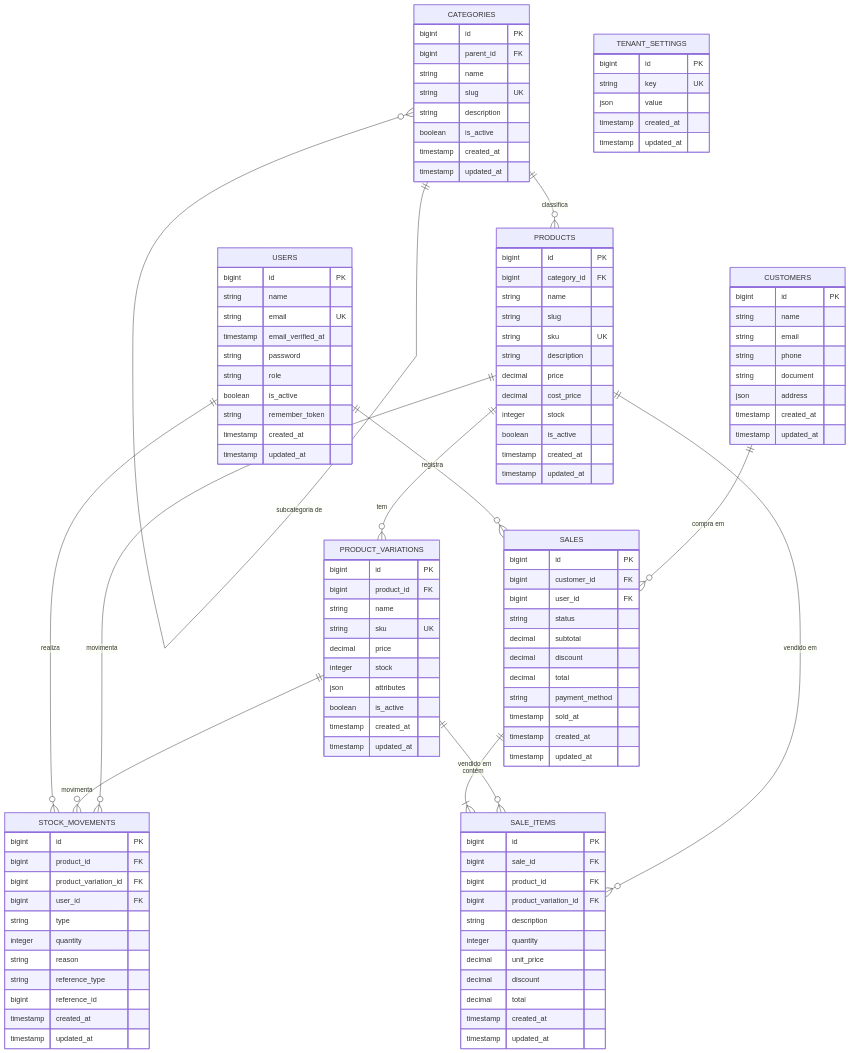
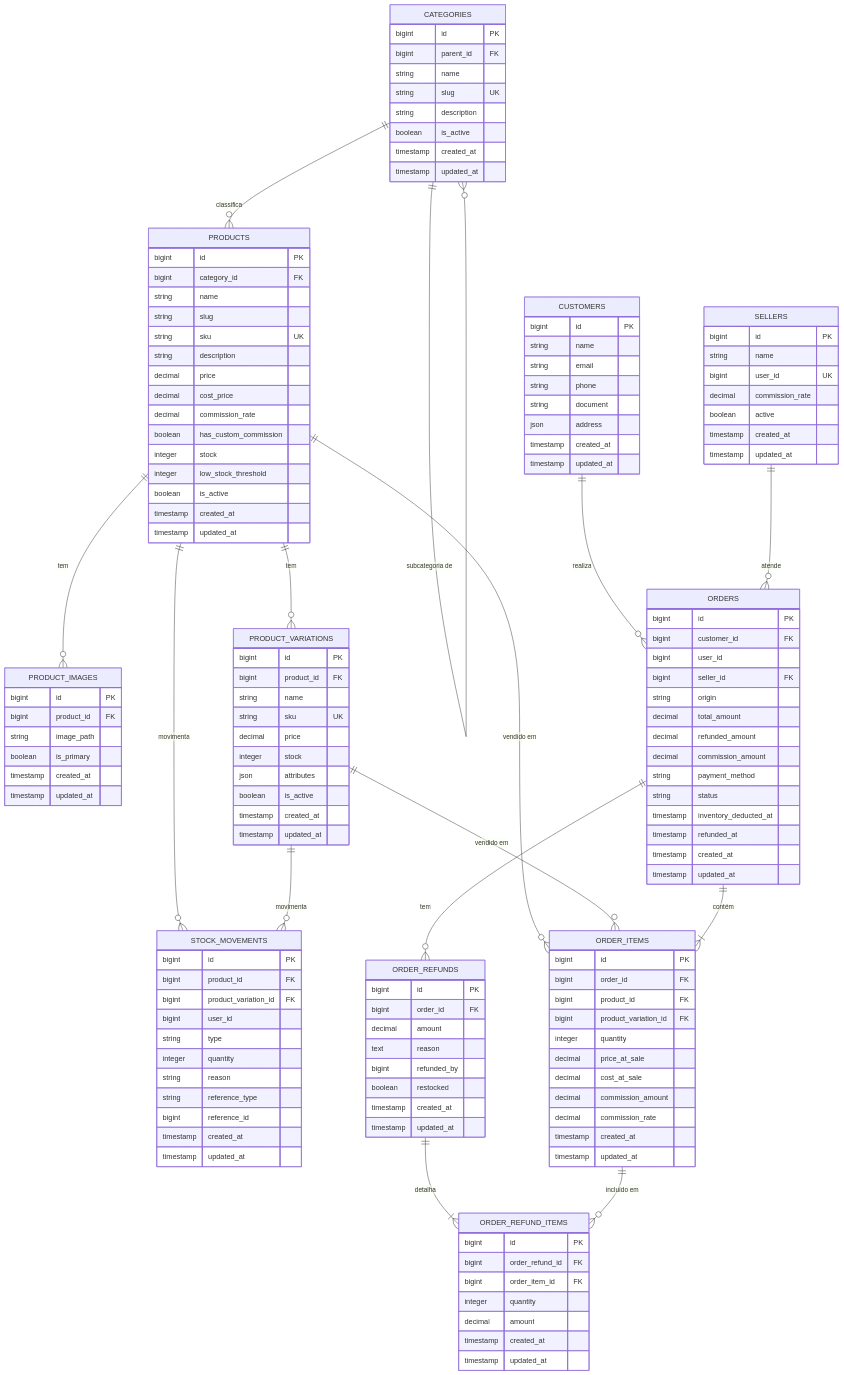
The second of 2 diagrams in docs/erd.md (Guariero31/Zenvyra), drawn with Mermaid before and after one commit. The commit also changed other lines of this file and 73 other files, not shown here.

````diff
--- a/docs/erd.md
+++ b/docs/erd.md
@@ -176,36 +207,20 @@
 ```mermaid
 erDiagram
-    CATEGORIES        ||--o{ CATEGORIES          : "subcategoria de"
-    CATEGORIES        ||--o{ PRODUCTS            : "classifica"
-    PRODUCTS          ||--o{ PRODUCT_VARIATIONS  : "tem"
-    PRODUCTS          ||--o{ STOCK_MOVEMENTS     : "movimenta"
-    PRODUCT_VARIATIONS||--o{ STOCK_MOVEMENTS     : "movimenta"
-    PRODUCTS          ||--o{ SALE_ITEMS          : "vendido em"
-    PRODUCT_VARIATIONS||--o{ SALE_ITEMS          : "vendido em"
-    CUSTOMERS         ||--o{ SALES               : "compra em"
-    USERS             ||--o{ SALES               : "registra"
-    USERS             ||--o{ STOCK_MOVEMENTS     : "realiza"
-    SALES             ||--|{ SALE_ITEMS          : "contém"
+    CATEGORIES         ||--o{ CATEGORIES          : "subcategoria de"
+    CATEGORIES         ||--o{ PRODUCTS            : "classifica"
+    PRODUCTS           ||--o{ PRODUCT_IMAGES      : "tem"
+    PRODUCTS           ||--o{ PRODUCT_VARIATIONS  : "tem"
+    PRODUCTS           ||--o{ STOCK_MOVEMENTS     : "movimenta"
+    PRODUCT_VARIATIONS ||--o{ STOCK_MOVEMENTS     : "movimenta"
+    PRODUCTS           ||--o{ ORDER_ITEMS         : "vendido em"
+    PRODUCT_VARIATIONS ||--o{ ORDER_ITEMS         : "vendido em"
+    CUSTOMERS          ||--o{ ORDERS              : "realiza"
+    SELLERS            ||--o{ ORDERS              : "atende"
+    ORDERS             ||--|{ ORDER_ITEMS         : "contém"
+    ORDERS             ||--o{ ORDER_REFUNDS       : "tem"
+    ORDER_REFUNDS      ||--|{ ORDER_REFUND_ITEMS  : "detalha"
+    ORDER_ITEMS        ||--o{ ORDER_REFUND_ITEMS  : "incluído em"
 
-    USERS {
-        bigint    id PK
-        string    name
-        string    email UK
-        timestamp email_verified_at
-        string    password
-        string    role
-        boolean   is_active
-        string    remember_token
-        timestamp created_at
-        timestamp updated_at
-    }
-    TENANT_SETTINGS {
-        bigint    id PK
-        string    key UK
-        json      value
-        timestamp created_at
-        timestamp updated_at
-    }
     CATEGORIES {
         bigint    id PK
         bigint    parent_id FK
@@ -225,8 +240,19 @@
         string    description
         decimal   price
         decimal   cost_price
+        decimal   commission_rate
+        boolean   has_custom_commission
         integer   stock
+        integer   low_stock_threshold
         boolean   is_active
+        timestamp created_at
+        timestamp updated_at
+    }
+    PRODUCT_IMAGES {
+        bigint    id PK
+        bigint    product_id FK
+        string    image_path
+        boolean   is_primary
         timestamp created_at
         timestamp updated_at
     }
@@ -246,7 +272,7 @@
         bigint    id PK
         bigint    product_id FK
         bigint    product_variation_id FK
-        bigint    user_id FK
+        bigint    user_id
         string    type
         integer   quantity
         string    reason
@@ -265,29 +291,60 @@
         timestamp created_at
         timestamp updated_at
     }
-    SALES {
+    SELLERS {
         bigint    id PK
-        bigint    customer_id FK
-        bigint    user_id FK
-        string    status
-        decimal   subtotal
-        decimal   discount
-        decimal   total
-        string    payment_method
-        timestamp sold_at
+        string    name
+        bigint    user_id UK
+        decimal   commission_rate
+        boolean   active
         timestamp created_at
         timestamp updated_at
     }
-    SALE_ITEMS {
+    ORDERS {
         bigint    id PK
-        bigint    sale_id FK
+        bigint    customer_id FK
+        bigint    user_id
+        bigint    seller_id FK
+        string    origin
+        decimal   total_amount
+        decimal   refunded_amount
+        decimal   commission_amount
+        string    payment_method
+        string    status
+        timestamp inventory_deducted_at
+        timestamp refunded_at
+        timestamp created_at
+        timestamp updated_at
+    }
+    ORDER_ITEMS {
+        bigint    id PK
+        bigint    order_id FK
         bigint    product_id FK
         bigint    product_variation_id FK
-        string    description
         integer   quantity
-        decimal   unit_price
-        decimal   discount
-        decimal   total
+        decimal   price_at_sale
+        decimal   cost_at_sale
+        decimal   commission_amount
+        decimal   commission_rate
+        timestamp created_at
+        timestamp updated_at
+    }
+    ORDER_REFUNDS {
+        bigint    id PK
+        bigint    order_id FK
+        decimal   amount
+        text      reason
+        bigint    refunded_by
+        boolean   restocked
+        timestamp created_at
+        timestamp updated_at
+    }
+    ORDER_REFUND_ITEMS {
+        bigint    id PK
+        bigint    order_refund_id FK
+        bigint    order_item_id FK
+        integer   quantity
+        decimal   amount
         timestamp created_at
         timestamp updated_at
     }
````
